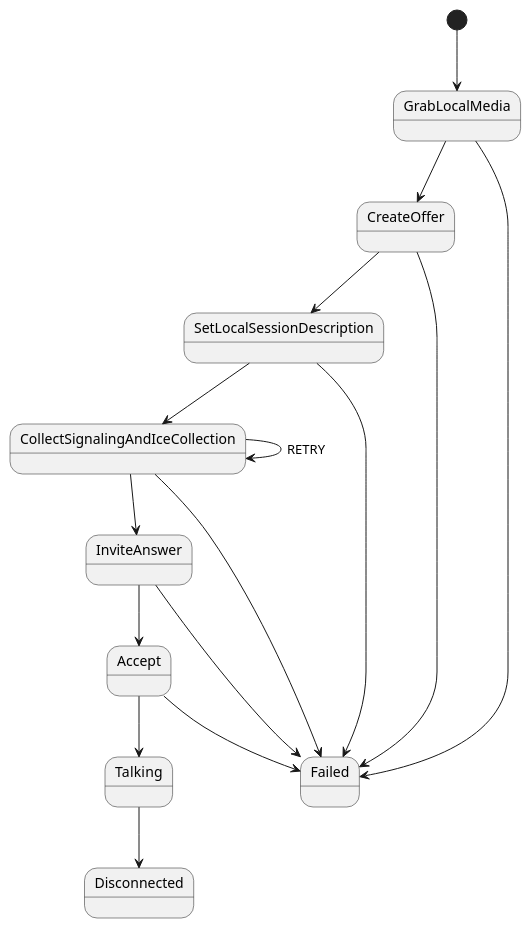
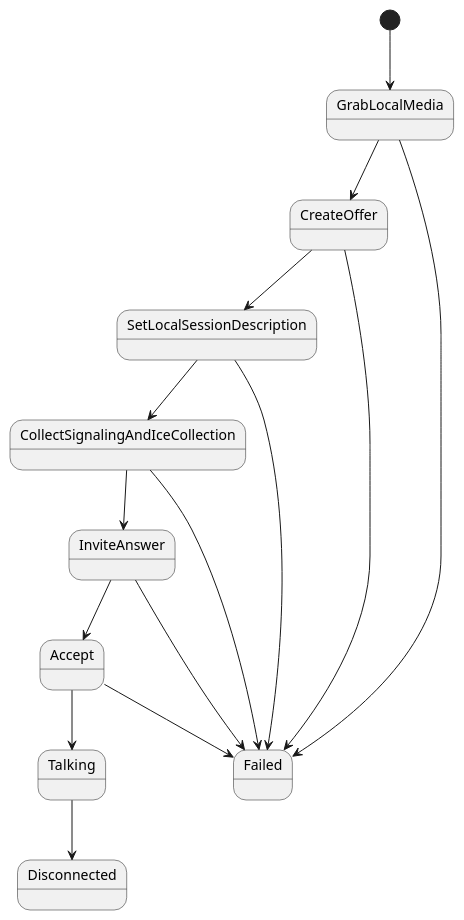
The diagram in uml/Session.puml (aws/connect-rtc-js), drawn with PlantUML before and after one commit.

Commit message:
Update UML to reflect CR changes.

```diff
--- a/uml/Session.puml
+++ b/uml/Session.puml
@@ -1,19 +1,18 @@
 @startuml
 
 [*] --> GrabLocalMedia
 GrabLocalMedia --> CreateOffer
 GrabLocalMedia --> Failed
 CreateOffer --> SetLocalSessionDescription
 CreateOffer --> Failed
 SetLocalSessionDescription --> CollectSignalingAndIceCollection
 SetLocalSessionDescription --> Failed
 CollectSignalingAndIceCollection --> InviteAnswer
-CollectSignalingAndIceCollection --> CollectSignalingAndIceCollection : RETRY
 CollectSignalingAndIceCollection --> Failed
 InviteAnswer --> Accept
 InviteAnswer --> Failed
 Accept --> Talking
 Accept --> Failed
 Talking --> Disconnected
 
 @enduml
```
